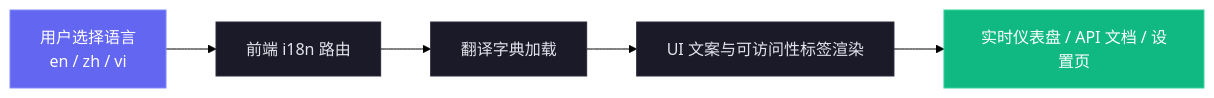
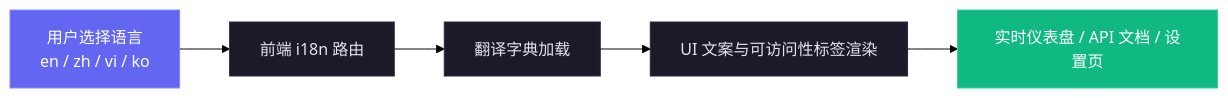
The second of 23 diagrams in README-CN.md (quxiucheng/Claude-Code-Agent-Monitor), drawn with Mermaid (forest theme) before and after one commit. The commit also changed other lines of this file and 16 other files, not shown here.

````diff
--- a/README-CN.md
+++ b/README-CN.md
@@ -137,12 +137,12 @@
 ```mermaid
 flowchart LR
-    A["用户选择语言<br/>en / zh / vi"] --> B["前端 i18n 路由"]
+    A["用户选择语言<br/>en / zh / vi / ko"] --> B["前端 i18n 路由"]
     B --> C["翻译字典加载"]
     C --> D["UI 文案与可访问性标签渲染"]
     D --> E["实时仪表盘 / API 文档 / 设置页"]
     style A fill:#6366f1,stroke:#818cf8,color:#fff
     style B fill:#1a1a28,stroke:#2a2a3d,color:#e4e4ed
     style C fill:#1a1a28,stroke:#2a2a3d,color:#e4e4ed
     style D fill:#1a1a28,stroke:#2a2a3d,color:#e4e4ed
     style E fill:#10b981,stroke:#34d399,color:#fff
 ```
````
